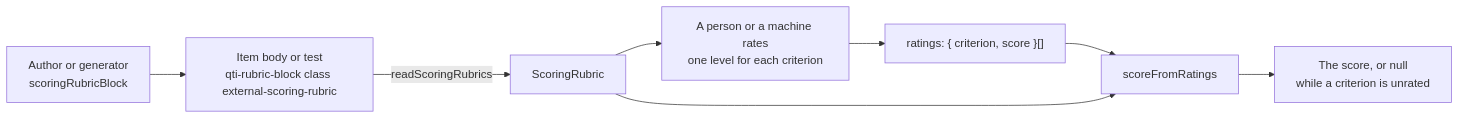
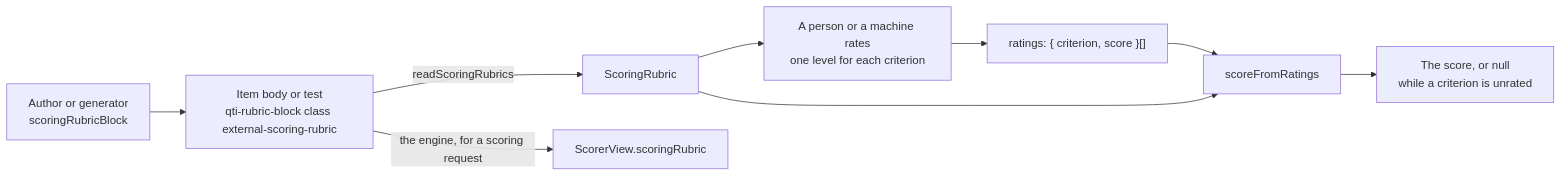
Before and after one commit to assesskit/assesskit: the second of 3 diagrams in docs/runtime/conventions.md, drawn with Mermaid. The commit also changed other lines of this file and 4 other files, not shown here.

First line of the commit message:
Give the scorer the scoring rubric of a request

````diff
--- a/docs/runtime/conventions.md
+++ b/docs/runtime/conventions.md
@@ -117,10 +117,11 @@
 ```mermaid
 flowchart LR
   author["Author or generator<br/>scoringRubricBlock"] --> block["Item body or test<br/>qti-rubric-block class external-scoring-rubric"]
   block -->|"readScoringRubrics"| rubric["ScoringRubric"]
   rubric --> rater["A person or a machine rates<br/>one level for each criterion"]
   rater --> ratings["ratings: { criterion, score }[]"]
   ratings --> score["scoreFromRatings"]
   rubric --> score
   score --> result["The score, or null<br/>while a criterion is unrated"]
+  block -->|"the engine, for a scoring request"| view["ScorerView.scoringRubric"]
 ```
````
